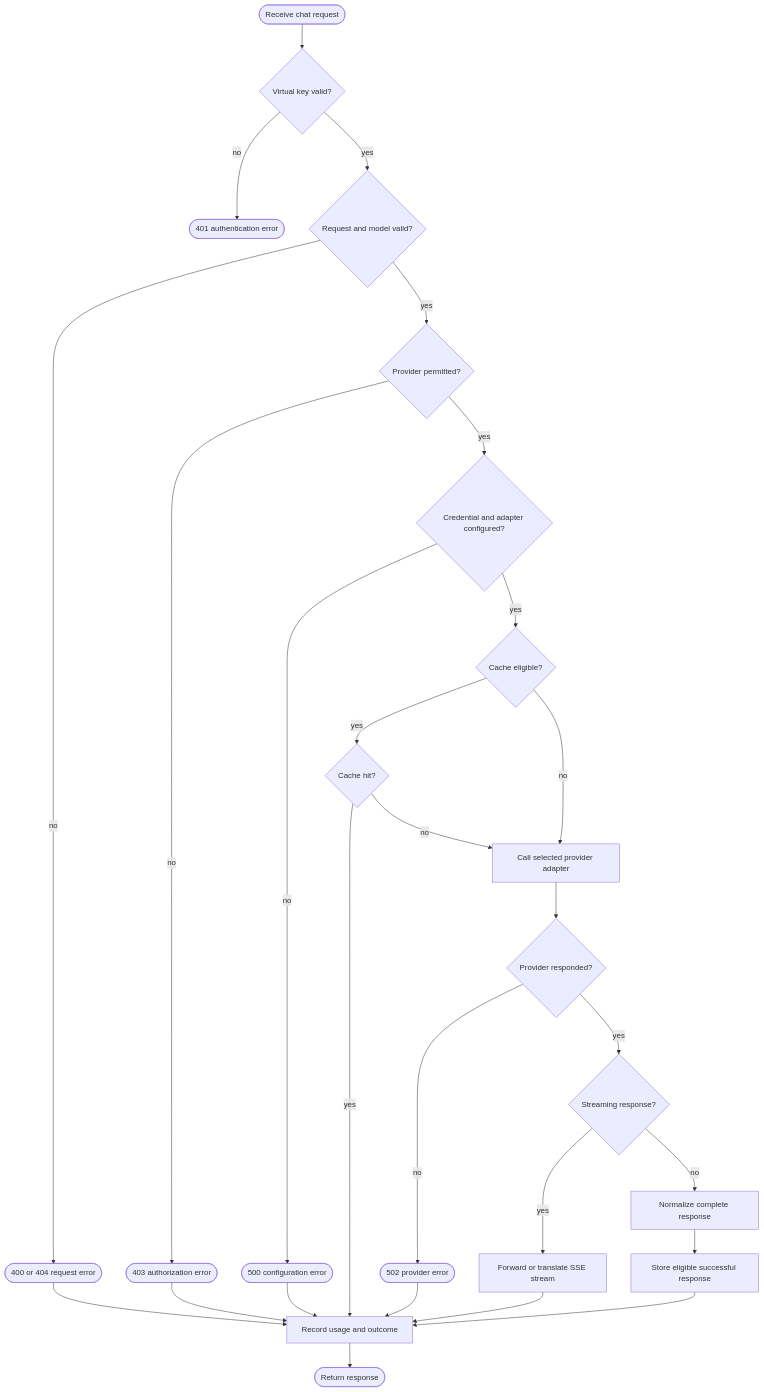
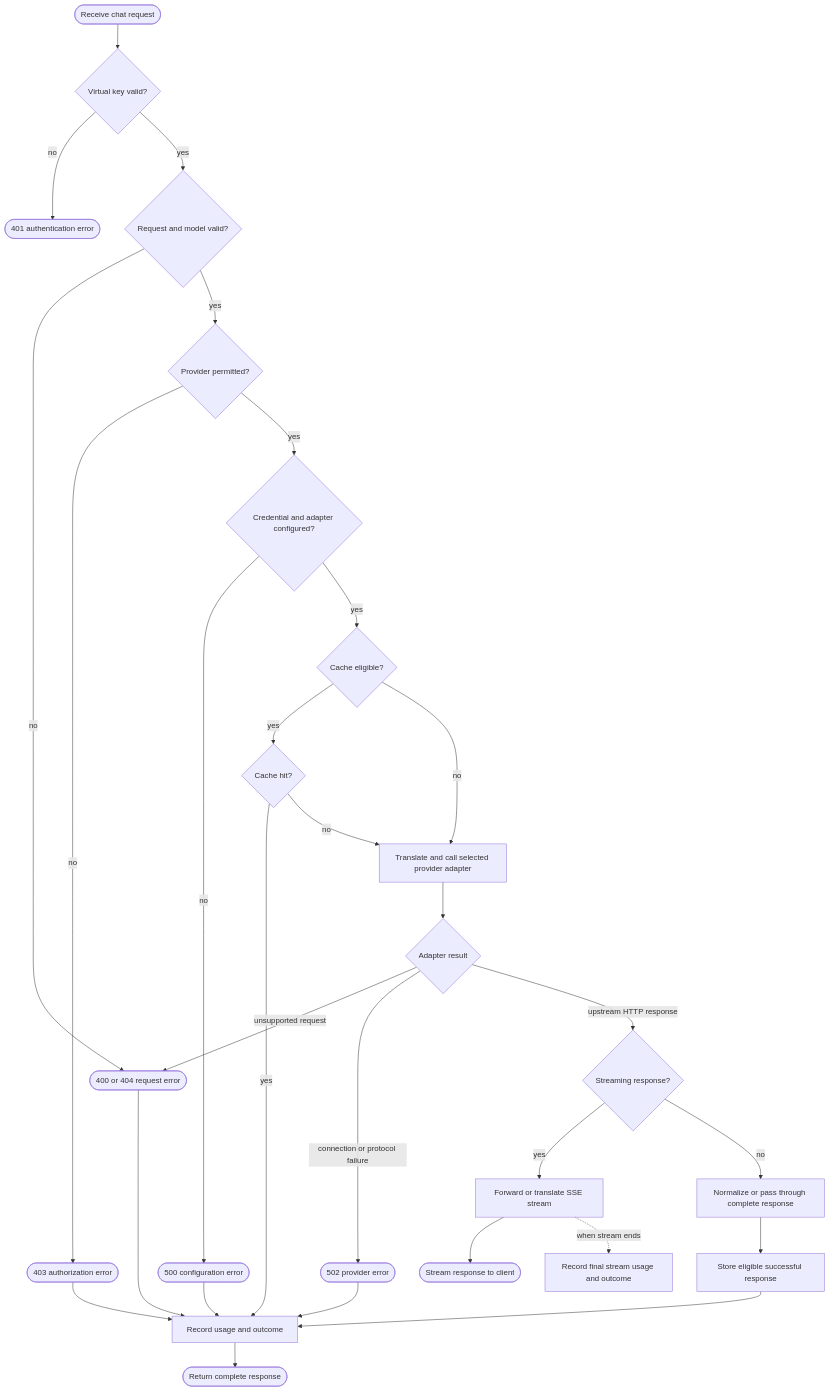
One commit to Nithish-Yenaganti/proxyllm changed the second of 3 diagrams in ARCHITECTURE.md. Above: the diagram before and after it, drawn with Mermaid. The commit also changed other lines of this file and 3 other files, not shown here.

````diff
--- a/ARCHITECTURE.md
+++ b/ARCHITECTURE.md
@@ -85,50 +85,54 @@
 ```mermaid
 flowchart TD
     Start([Receive chat request])
     Auth{Virtual key valid?}
     Validate{Request and model valid?}
     Permission{Provider permitted?}
     Configured{Credential and adapter configured?}
     Eligible{Cache eligible?}
     Hit{Cache hit?}
-    Provider[Call selected provider adapter]
-    ProviderOK{Provider responded?}
+    Provider[Translate and call selected provider adapter]
+    AdapterResult{Adapter result}
     Stream{Streaming response?}
-    Complete[Normalize complete response]
+    Complete[Normalize or pass through complete response]
     Streaming[Forward or translate SSE stream]
     CacheStore[Store eligible successful response]
     Log[Record usage and outcome]
-    Return([Return response])
+    StreamLog[Record final stream usage and outcome]
+    Return([Return complete response])
+    StreamReturn([Stream response to client])
     Error401([401 authentication error])
     Error400([400 or 404 request error])
     Error403([403 authorization error])
     Error500([500 configuration error])
     Error502([502 provider error])
 
     Start --> Auth
     Auth -->|no| Error401
     Auth -->|yes| Validate
     Validate -->|no| Error400
     Validate -->|yes| Permission
     Permission -->|no| Error403
     Permission -->|yes| Configured
     Configured -->|no| Error500
     Configured -->|yes| Eligible
     Eligible -->|yes| Hit
     Eligible -->|no| Provider
     Hit -->|yes| Log
     Hit -->|no| Provider
-    Provider --> ProviderOK
-    ProviderOK -->|no| Error502
-    ProviderOK -->|yes| Stream
+    Provider --> AdapterResult
+    AdapterResult -->|unsupported request| Error400
+    AdapterResult -->|connection or protocol failure| Error502
+    AdapterResult -->|upstream HTTP response| Stream
     Stream -->|yes| Streaming
     Stream -->|no| Complete
-    Streaming --> Log
+    Streaming --> StreamReturn
+    Streaming -.->|when stream ends| StreamLog
     Complete --> CacheStore
     CacheStore --> Log
     Log --> Return
     Error400 --> Log
     Error403 --> Log
     Error500 --> Log
     Error502 --> Log
 ```
````
